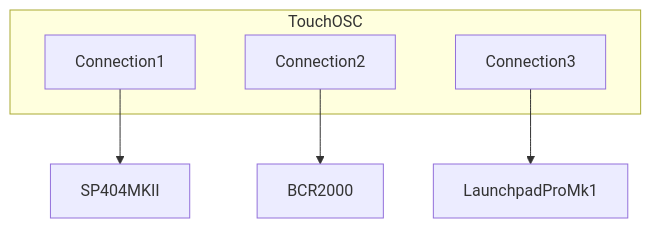
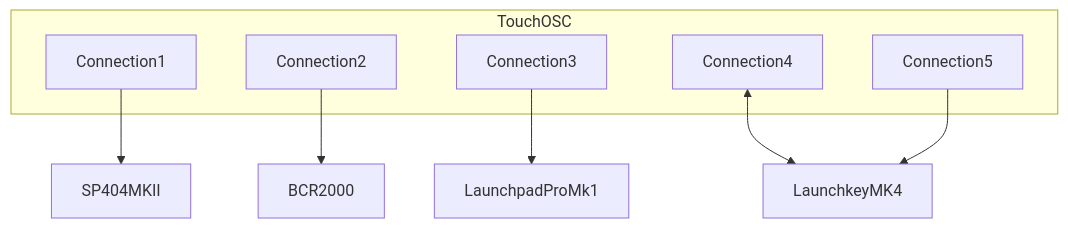
One commit to bcmodular/touchosc-controllers changed the diagram in sp404-mk2/README.md. Above: the diagram before and after it, drawn with Mermaid.

Commit message:
SP-404: add Launchkey MK4 to connections diagram

````diff
--- a/sp404-mk2/README.md
+++ b/sp404-mk2/README.md
@@ -41,14 +41,19 @@
 ```mermaid
 flowchart TB
   subgraph touchosc [TouchOSC]
     conn1[Connection1]
     conn2[Connection2]
     conn3[Connection3]
+    conn4[Connection4]
+    conn5[Connection5]
   end
   sp404[SP404MKII]
   bcr[BCR2000]
   launchpad[LaunchpadProMk1]
+  launchkey[LaunchkeyMK4]
   conn1 --> sp404
   conn2 --> bcr
   conn3 --> launchpad
+  conn4 <--> launchkey
+  conn5 --> launchkey
 ```
````
